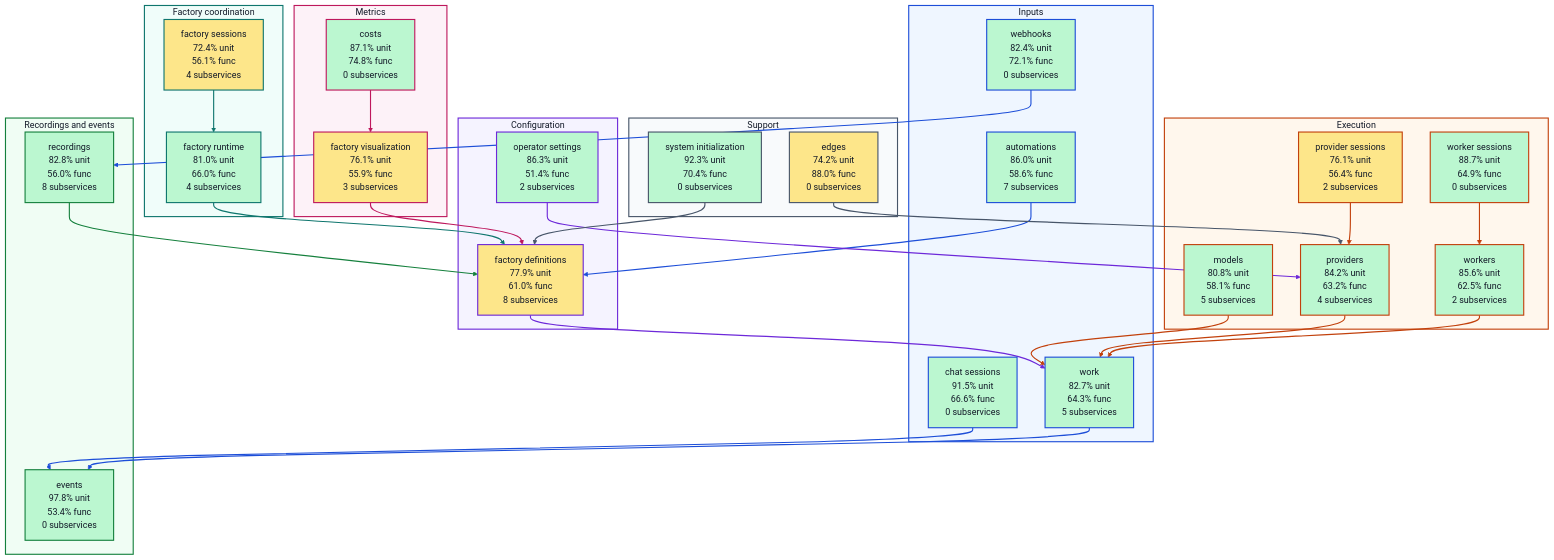
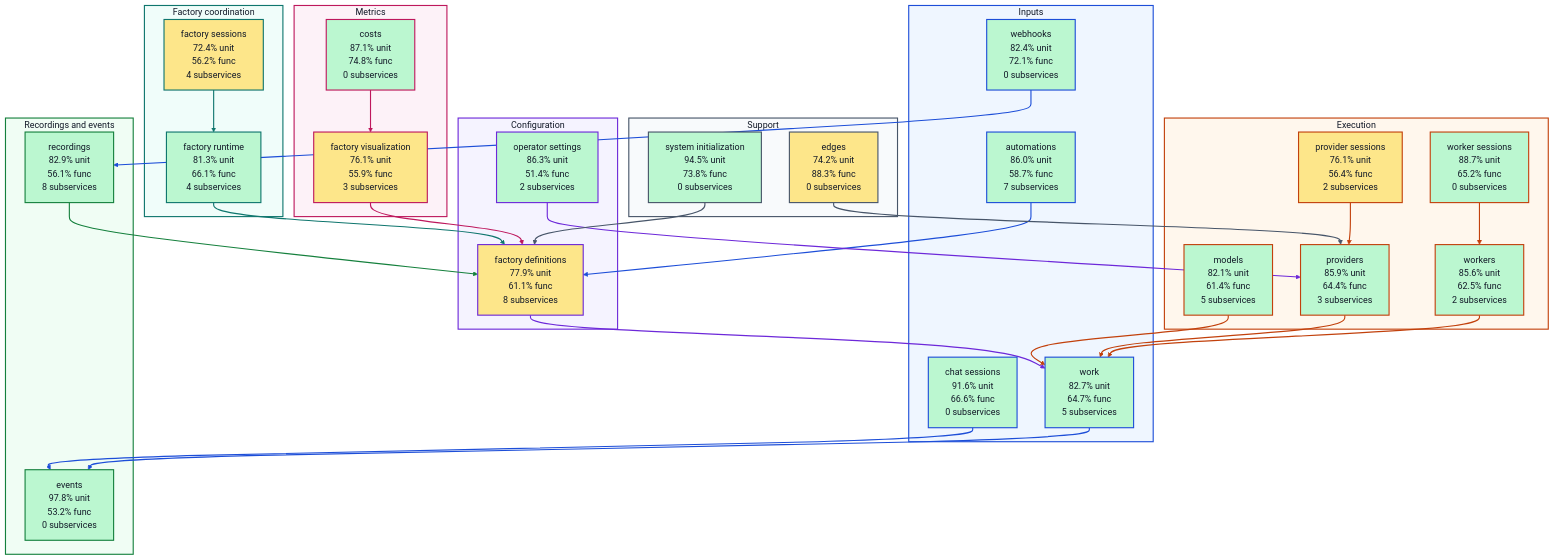
The diagram in docs/architecture/visualizations/high-level-test-coverage.md (portpowered/you-agent-factory), drawn with Mermaid before and after one commit. The commit also changed other lines of this file and 20 other files, not shown here.

Commit message:
docs: refresh backend architecture visualizations

````diff
--- a/docs/architecture/visualizations/high-level-test-coverage.md
+++ b/docs/architecture/visualizations/high-level-test-coverage.md
@@ -11,37 +11,37 @@
 ```mermaid
 flowchart TB
   subgraph input["Inputs"]
-    s_services_automations["automations<br/>86.0% unit<br/>58.6% func<br/>7 subservices"]
-    s_services_chat_sessions["chat sessions<br/>91.5% unit<br/>66.6% func<br/>0 subservices"]
+    s_services_automations["automations<br/>86.0% unit<br/>58.7% func<br/>7 subservices"]
+    s_services_chat_sessions["chat sessions<br/>91.6% unit<br/>66.6% func<br/>0 subservices"]
     s_services_webhooks["webhooks<br/>82.4% unit<br/>72.1% func<br/>0 subservices"]
-    s_services_work["work<br/>82.7% unit<br/>64.3% func<br/>5 subservices"]
+    s_services_work["work<br/>82.7% unit<br/>64.7% func<br/>5 subservices"]
   end
   subgraph configuration["Configuration"]
-    s_services_factory_definitions["factory definitions<br/>77.9% unit<br/>61.0% func<br/>8 subservices"]
+    s_services_factory_definitions["factory definitions<br/>77.9% unit<br/>61.1% func<br/>8 subservices"]
     s_services_operator_settings["operator settings<br/>86.3% unit<br/>51.4% func<br/>2 subservices"]
   end
   subgraph coordination["Factory coordination"]
-    s_services_factory_runtime["factory runtime<br/>81.0% unit<br/>66.0% func<br/>4 subservices"]
-    s_services_factory_sessions["factory sessions<br/>72.4% unit<br/>56.1% func<br/>4 subservices"]
+    s_services_factory_runtime["factory runtime<br/>81.3% unit<br/>66.1% func<br/>4 subservices"]
+    s_services_factory_sessions["factory sessions<br/>72.4% unit<br/>56.2% func<br/>4 subservices"]
   end
   subgraph execution["Execution"]
-    s_services_models["models<br/>80.8% unit<br/>58.1% func<br/>5 subservices"]
+    s_services_models["models<br/>82.1% unit<br/>61.4% func<br/>5 subservices"]
     s_services_provider_sessions["provider sessions<br/>76.1% unit<br/>56.4% func<br/>2 subservices"]
-    s_services_providers["providers<br/>84.2% unit<br/>63.2% func<br/>4 subservices"]
-    s_services_worker_sessions["worker sessions<br/>88.7% unit<br/>64.9% func<br/>0 subservices"]
+    s_services_providers["providers<br/>85.9% unit<br/>64.4% func<br/>3 subservices"]
+    s_services_worker_sessions["worker sessions<br/>88.7% unit<br/>65.2% func<br/>0 subservices"]
     s_services_workers["workers<br/>85.6% unit<br/>62.5% func<br/>2 subservices"]
   end
   subgraph recordings["Recordings and events"]
-    s_services_events["events<br/>97.8% unit<br/>53.4% func<br/>0 subservices"]
-    s_services_recordings["recordings<br/>82.8% unit<br/>56.0% func<br/>8 subservices"]
+    s_services_events["events<br/>97.8% unit<br/>53.2% func<br/>0 subservices"]
+    s_services_recordings["recordings<br/>82.9% unit<br/>56.1% func<br/>8 subservices"]
   end
   subgraph metrics["Metrics"]
     s_services_costs["costs<br/>87.1% unit<br/>74.8% func<br/>0 subservices"]
     s_services_factory_visualization["factory visualization<br/>76.1% unit<br/>55.9% func<br/>3 subservices"]
   end
   subgraph support["Support"]
-    s_services_edges["edges<br/>74.2% unit<br/>88.0% func<br/>0 subservices"]
-    s_services_system_initialization["system initialization<br/>92.3% unit<br/>70.4% func<br/>0 subservices"]
+    s_services_edges["edges<br/>74.2% unit<br/>88.3% func<br/>0 subservices"]
+    s_services_system_initialization["system initialization<br/>94.5% unit<br/>73.8% func<br/>0 subservices"]
   end
   s_services_automations --> s_services_factory_definitions
   s_services_chat_sessions --> s_services_events
````
